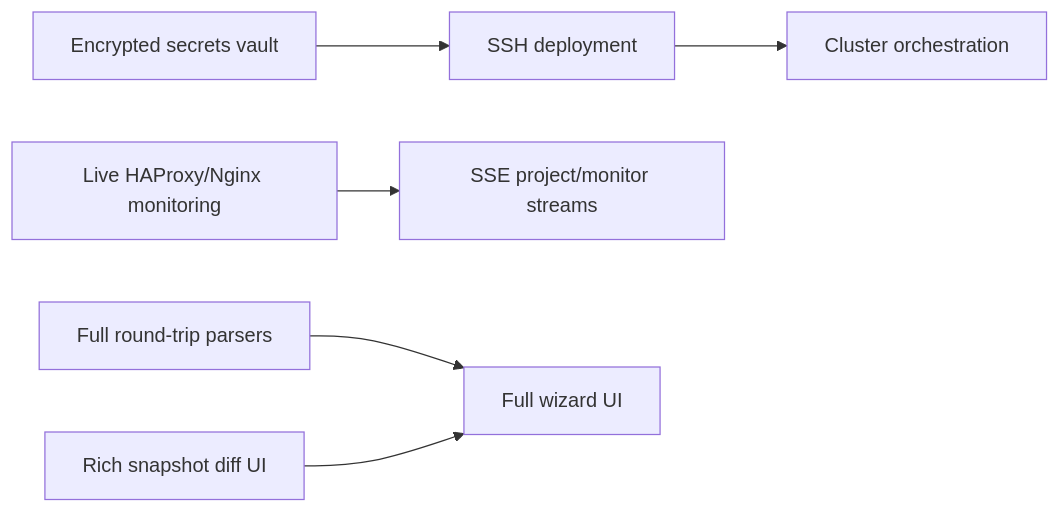
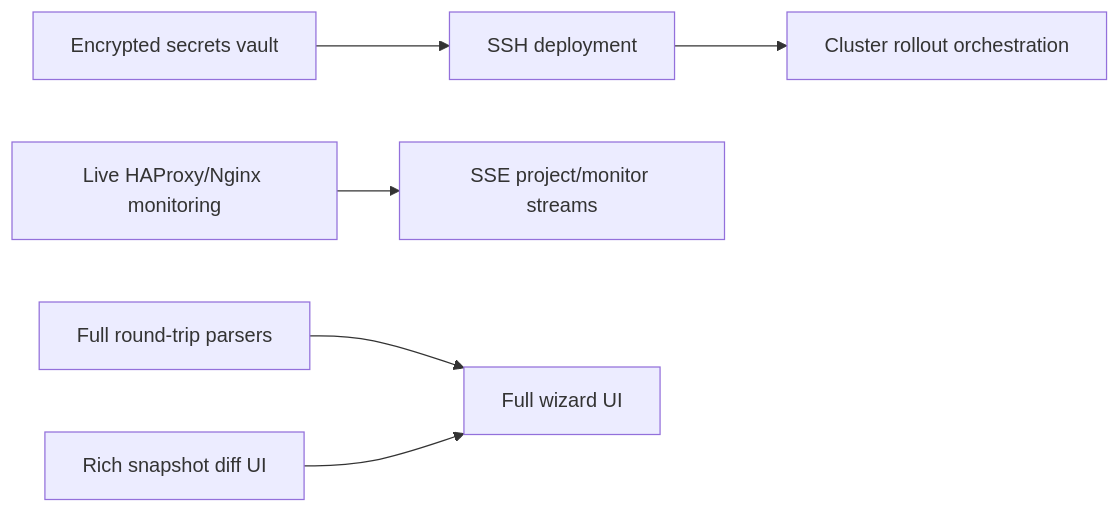
One commit to ersinkoc/Mizan changed diagram 16 of 16 in ARCHITECTURE.md. Above: the diagram before and after it, drawn with Mermaid. The commit also changed other lines of this file and 1 other file, not shown here.

Commit message:
Update documentation to reflect 100% backend coverage, add targets/clusters/diff to architecture diagrams, expand README with current feature set

````diff
--- a/ARCHITECTURE.md
+++ b/ARCHITECTURE.md
@@ -472,17 +487,17 @@
 ```mermaid
 flowchart LR
   SSH["SSH deployment"]
-  Clusters["Cluster orchestration"]
+  Rollout["Cluster rollout orchestration"]
   Secrets["Encrypted secrets vault"]
   Monitor["Live HAProxy/Nginx monitoring"]
   SSE["SSE project/monitor streams"]
   FullParser["Full round-trip parsers"]
   Wizard["Full wizard UI"]
   DiffUI["Rich snapshot diff UI"]
 
-  SSH --> Clusters
+  SSH --> Rollout
   Secrets --> SSH
   Monitor --> SSE
   FullParser --> Wizard
   DiffUI --> Wizard
 ```
````
